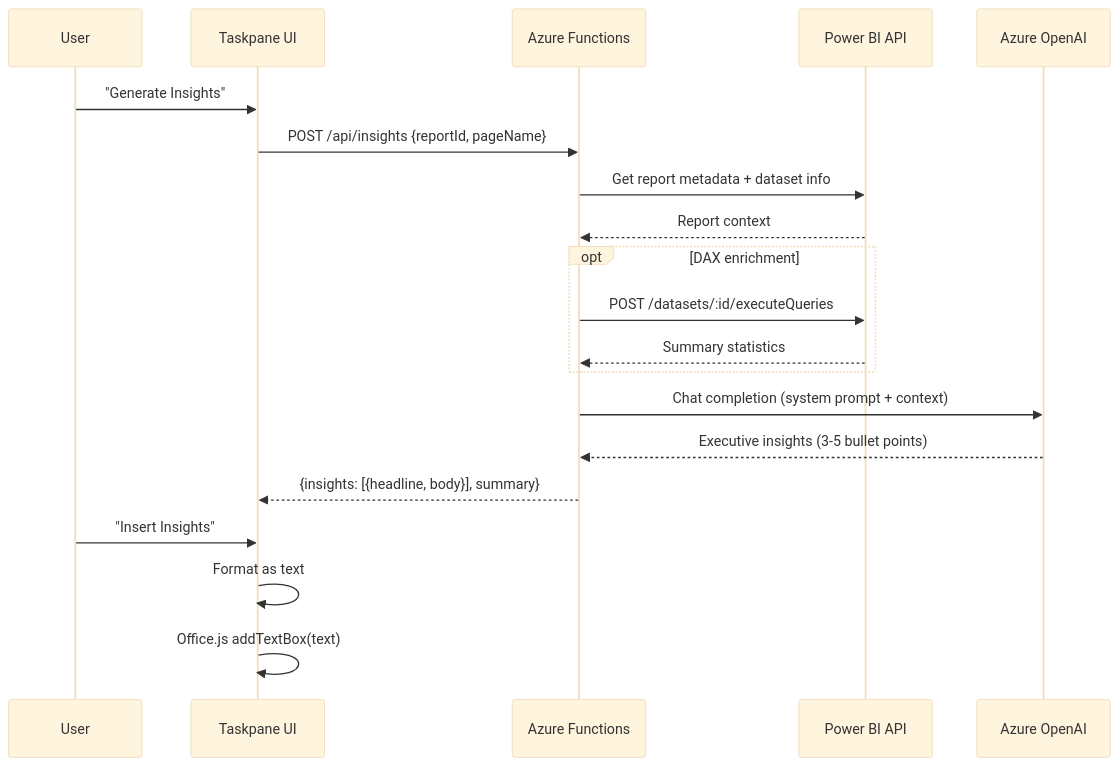
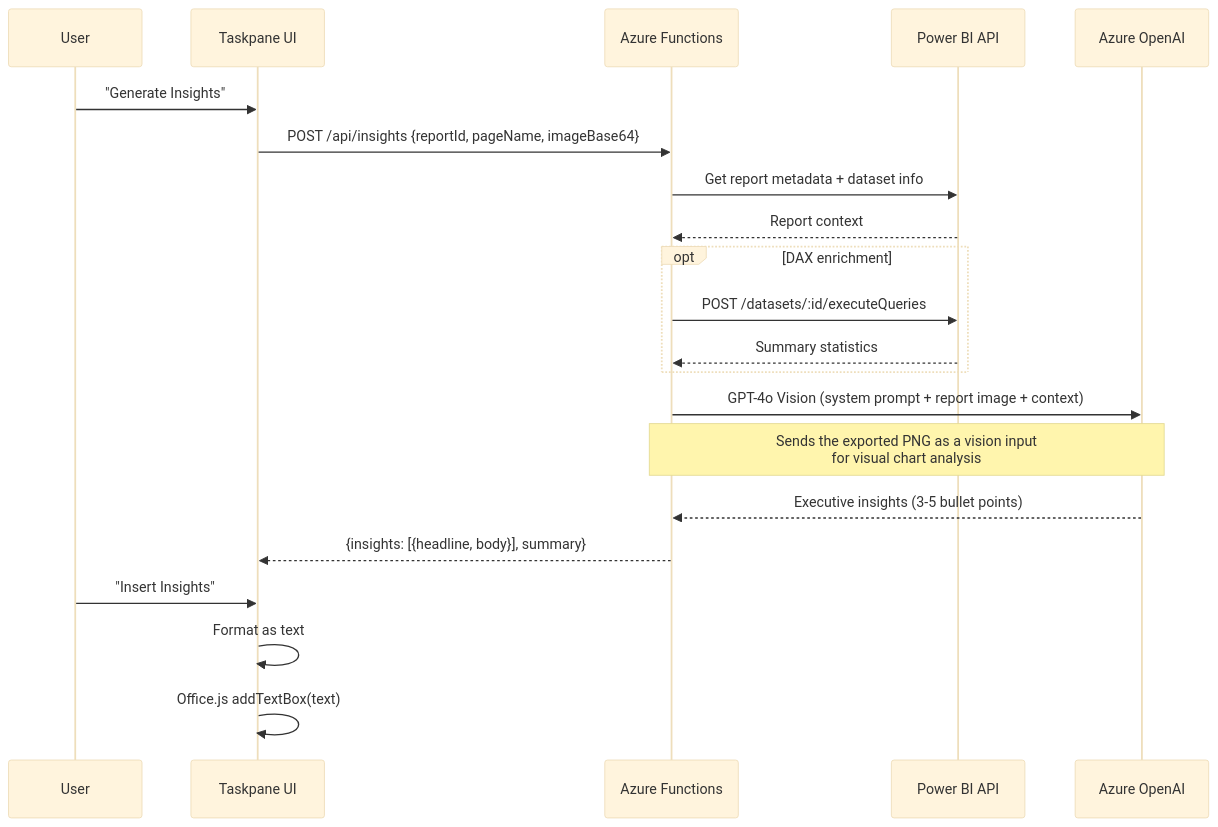
One commit to fredgis/OfficeAddin changed the sixth of 7 diagrams in docs/architecture.md. Above: the diagram before and after it, drawn with Mermaid. The commit also changed other lines of this file and 13 other files, not shown here.

````diff
--- a/docs/architecture.md
+++ b/docs/architecture.md
@@ -275,27 +275,28 @@
 ```mermaid
 %%{init: {'theme': 'base'}}%%
 sequenceDiagram
     participant User
     participant UI as Taskpane UI
     participant API as Azure Functions
     participant PBI as Power BI API
     participant AOAI as Azure OpenAI
 
     User->>UI: "Generate Insights"
-    UI->>API: POST /api/insights {reportId, pageName}
+    UI->>API: POST /api/insights {reportId, pageName, imageBase64}
     API->>PBI: Get report metadata + dataset info
     PBI-->>API: Report context
 
     opt DAX enrichment
         API->>PBI: POST /datasets/:id/executeQueries
         PBI-->>API: Summary statistics
     end
 
-    API->>AOAI: Chat completion (system prompt + context)
+    API->>AOAI: GPT-4o Vision (system prompt + report image + context)
+    Note over API,AOAI: Sends the exported PNG as a vision input<br/>for visual chart analysis
     AOAI-->>API: Executive insights (3-5 bullet points)
     API-->>UI: {insights: [{headline, body}], summary}
 
     User->>UI: "Insert Insights"
     UI->>UI: Format as text
     UI->>UI: Office.js addTextBox(text)
 ```
````
